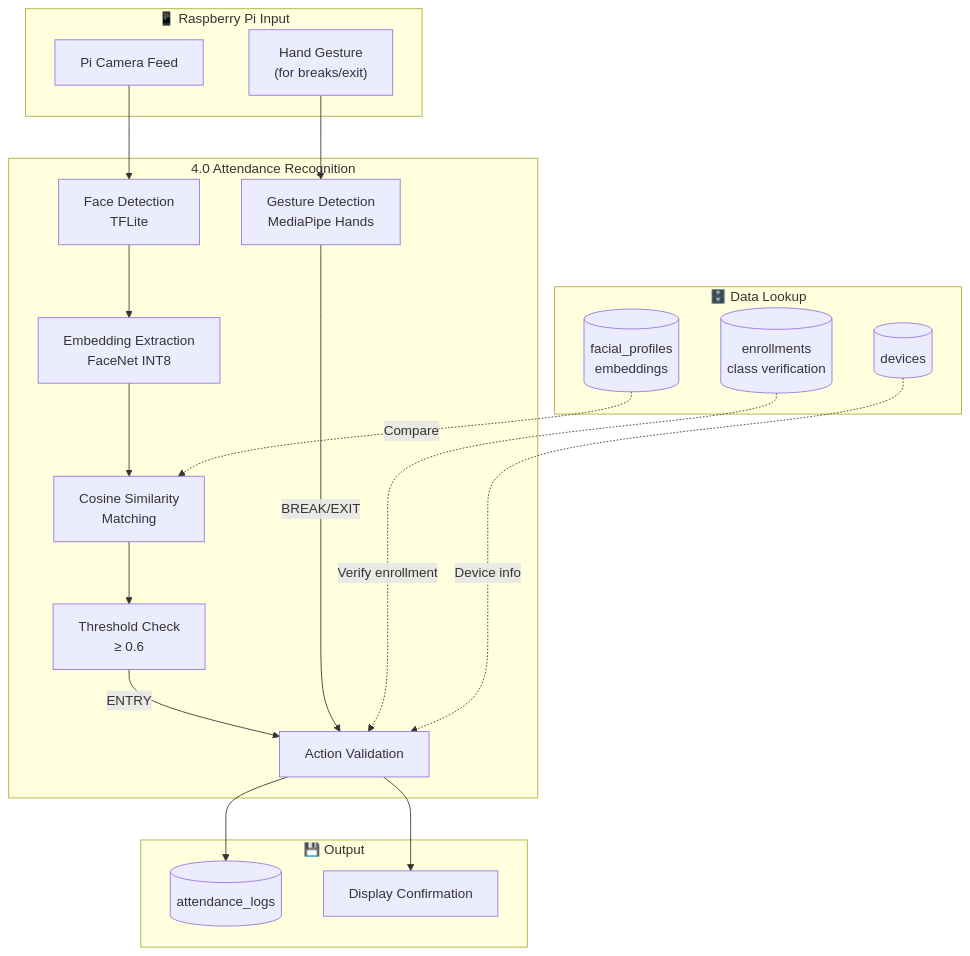
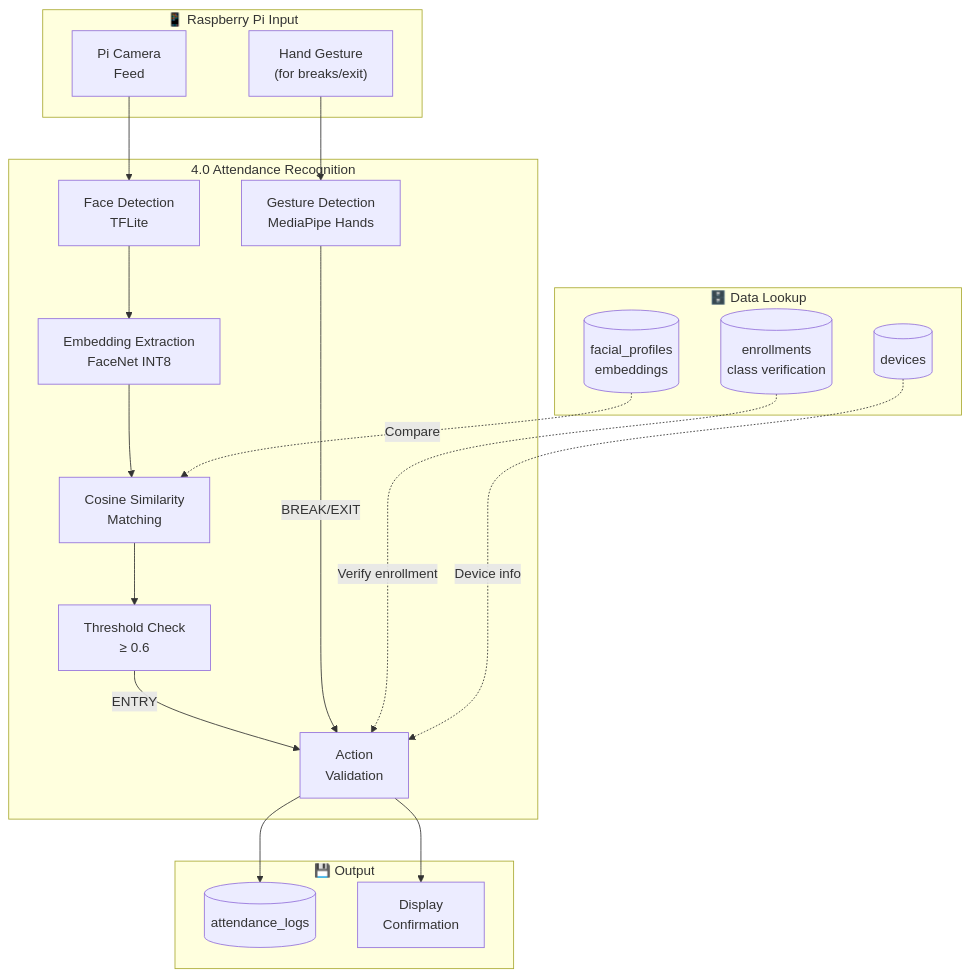
One commit to EannMon/FRAMESCAPSTONE changed the ninth of 14 diagrams in documentation/database/FRAMES_Data_Flow_Diagram.md. Above: the diagram before and after it, drawn with Mermaid. The commit also changed other lines of this file and 1 other file, not shown here.

````diff
--- a/documentation/database/FRAMES_Data_Flow_Diagram.md
+++ b/documentation/database/FRAMES_Data_Flow_Diagram.md
@@ -293,41 +377,41 @@
 ```mermaid
 flowchart TB
     subgraph INPUT["📱 Raspberry Pi Input"]
-        A1["Pi Camera Feed"]
-        A2["Hand Gesture\n(for breaks/exit)"]
+        A1["Pi Camera<br/>Feed"]
+        A2["Hand Gesture<br/>(for breaks/exit)"]
     end
 
     subgraph PROCESS["4.0 Attendance Recognition"]
-        B1["Face Detection\nTFLite"]
-        B2["Embedding Extraction\nFaceNet INT8"]
-        B3["Cosine Similarity\nMatching"]
-        B4["Threshold Check\n≥ 0.6"]
-        B5["Gesture Detection\nMediaPipe Hands"]
-        B6["Action Validation"]
+        B1["Face Detection<br/>TFLite"]
+        B2["Embedding Extraction<br/>FaceNet INT8"]
+        B3["Cosine Similarity<br/>Matching"]
+        B4["Threshold Check<br/>≥ 0.6"]
+        B5["Gesture Detection<br/>MediaPipe Hands"]
+        B6["Action<br/>Validation"]
     end
 
     subgraph DATASTORES["🗄️ Data Lookup"]
-        D1[("facial_profiles\nembeddings")]
-        D2[("enrollments\nclass verification")]
+        D1[("facial_profiles<br/>embeddings")]
+        D2[("enrollments<br/>class verification")]
         D3[("devices")]
     end
 
     subgraph OUTPUT["💾 Output"]
         C1[("attendance_logs")]
-        C2["Display Confirmation"]
+        C2["Display<br/>Confirmation"]
     end
 
     A1 --> B1 --> B2
     B2 --> B3
     D1 -.->|"Compare"| B3
     B3 --> B4
 
     B4 -->|"ENTRY"| B6
     A2 --> B5 -->|"BREAK/EXIT"| B6
 
     D2 -.->|"Verify enrollment"| B6
     D3 -.->|"Device info"| B6
 
     B6 --> C1
     B6 --> C2
 ```
````
